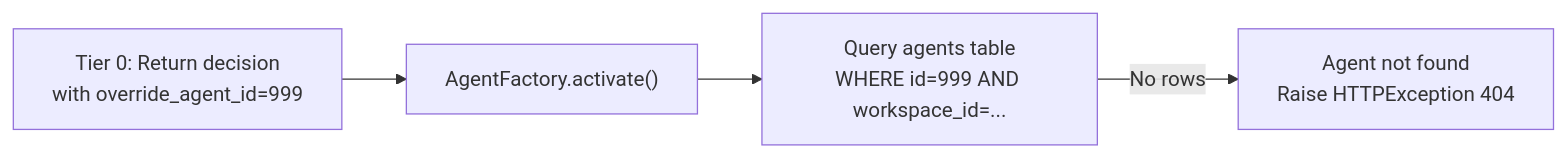
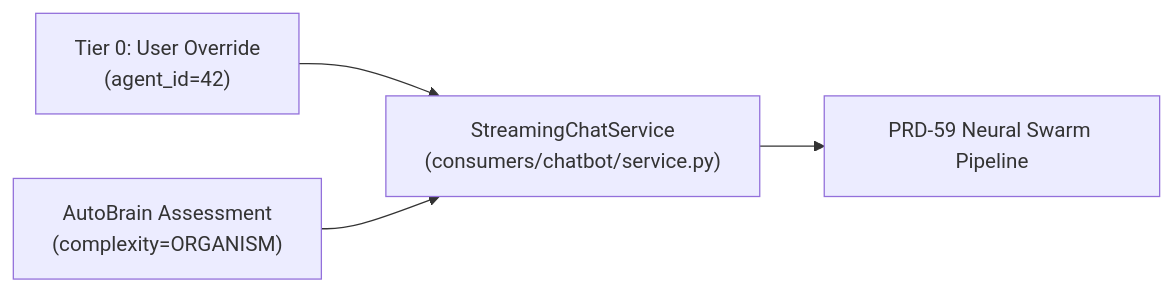
The third of 3 diagrams in docs/universal-router/tier-0-user-overrides.md (AutomatosAI/automatos-ai), drawn with Mermaid before and after one commit. The commit also changed other lines of this file and 149 other files, not shown here.

Commit message:
docs: refresh documentation with graphify semantic scan

````diff
--- a/docs/universal-router/tier-0-user-overrides.md
+++ b/docs/universal-router/tier-0-user-overrides.md
@@ -397,11 +183,10 @@
 ```mermaid
 graph LR
-    Tier0["Tier 0: Return decision<br/>with override_agent_id=999"]
-    AgentFactory["AgentFactory.activate()"]
-    DBQuery["Query agents table<br/>WHERE id=999 AND workspace_id=..."]
-    NotFound["Agent not found<br/>Raise HTTPException 404"]
+    UserOverride["Tier 0: User Override<br/>(agent_id=42)"]
+    AutoBrain["AutoBrain Assessment<br/>(complexity=ORGANISM)"]
+    Executor["StreamingChatService<br/>(consumers/chatbot/service.py)"]
     
-    Tier0 --> AgentFactory
-    AgentFactory --> DBQuery
-    DBQuery -->|"No rows"| NotFound
+    UserOverride --> Executor
+    AutoBrain --> Executor
+    Executor --> Workflow["PRD-59 Neural Swarm Pipeline"]
 ```
````
